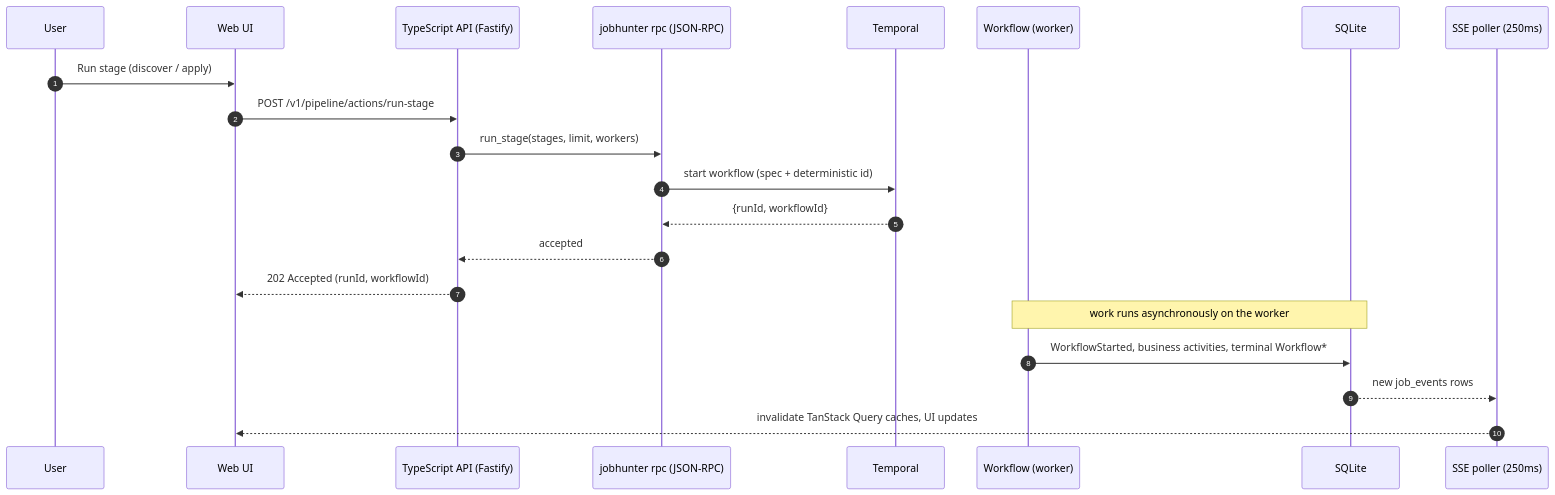
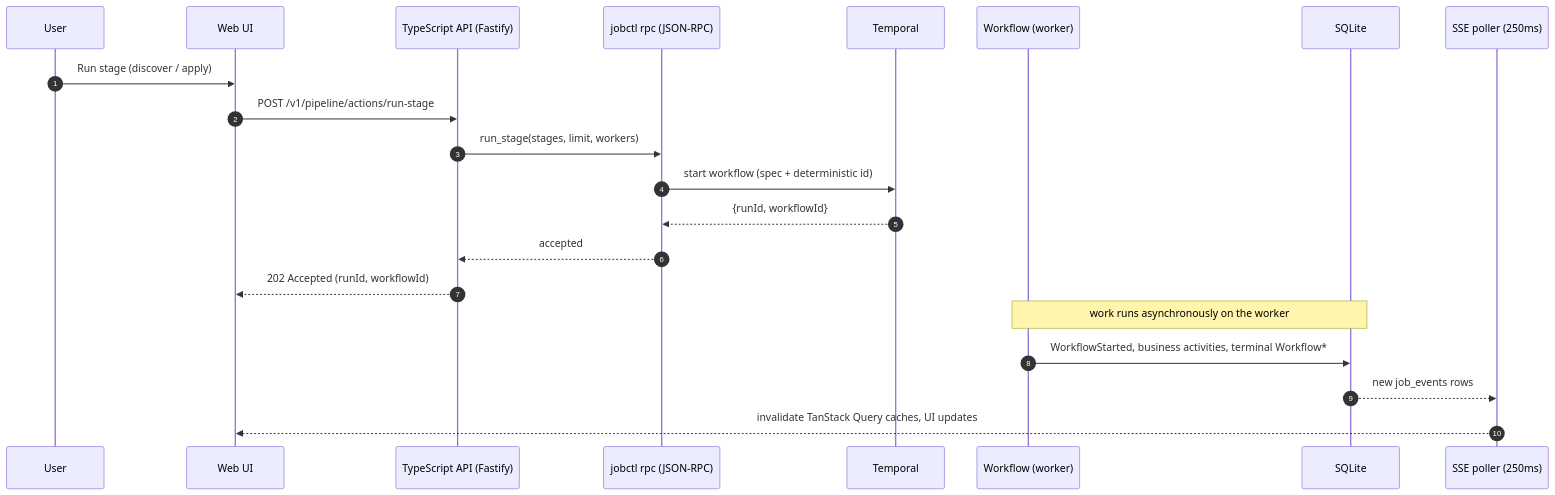
One commit to ebarti/JobCtrl changed the diagram in docs/architecture/pipeline/index.md. Above: the diagram before and after it, drawn with Mermaid. The commit also changed other lines of this file and 1281 other files, not shown here.

````diff
--- a/docs/architecture/pipeline/index.md
+++ b/docs/architecture/pipeline/index.md
@@ -127,24 +127,24 @@
 ```mermaid
 sequenceDiagram
     autonumber
     participant User
     participant Web as Web UI
     participant Api as TypeScript API (Fastify)
-    participant Rpc as jobhunter rpc (JSON-RPC)
+    participant Rpc as jobctl rpc (JSON-RPC)
     participant T as Temporal
     participant WF as Workflow (worker)
     participant DB as SQLite
     participant SSE as SSE poller (250ms)
 
     User->>Web: Run stage (discover / apply)
     Web->>Api: POST /v1/pipeline/actions/run-stage
     Api->>Rpc: run_stage(stages, limit, workers)
     Rpc->>T: start workflow (spec + deterministic id)
     T-->>Rpc: {runId, workflowId}
     Rpc-->>Api: accepted
     Api-->>Web: 202 Accepted (runId, workflowId)
     Note over WF,DB: work runs asynchronously on the worker
     WF->>DB: WorkflowStarted, business activities, terminal Workflow*
     DB-->>SSE: new job_events rows
     SSE-->>Web: invalidate TanStack Query caches, UI updates
 ```
````
